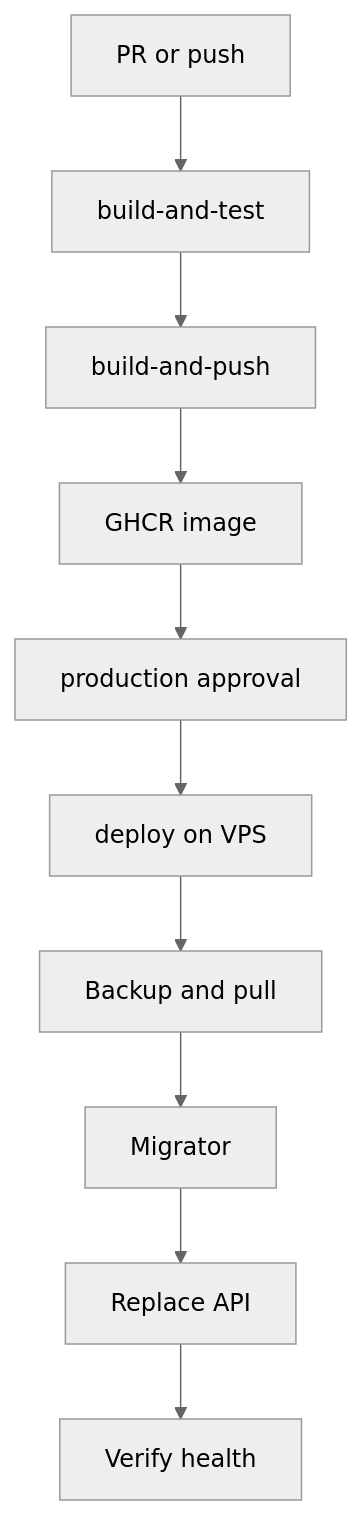
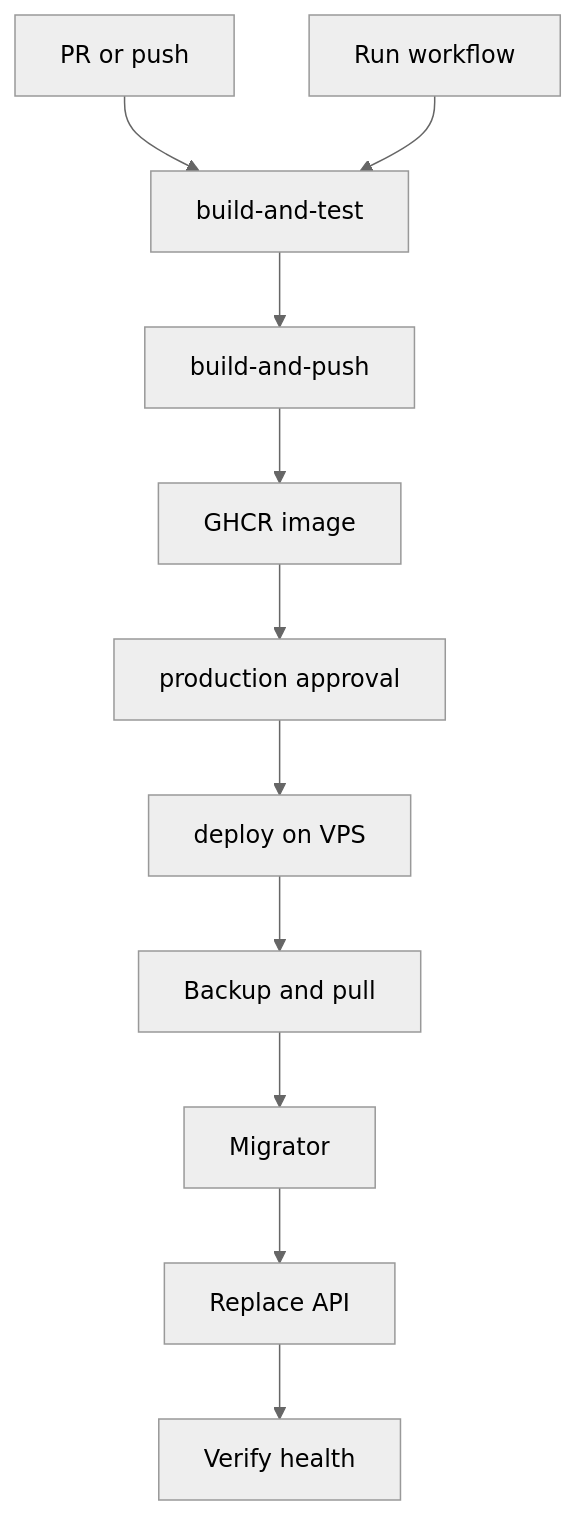
Before and after one commit to mhasabalah/StarterKit: the diagram in wiki/deployment/CI-CD.md, drawn with Mermaid (neutral theme). The commit also changed other lines of this file and 5 other files, not shown here.

````diff
--- a/wiki/deployment/CI-CD.md
+++ b/wiki/deployment/CI-CD.md
@@ -25,12 +25,13 @@
 ```mermaid
 flowchart TB
   E[PR or push] --> T[build-and-test]
+  R[Run workflow] --> T
   T --> B[build-and-push]
   B --> I[GHCR image]
   I --> G[production approval]
   G --> D[deploy on VPS]
   D --> K[Backup and pull]
   K --> M[Migrator]
   M --> A[Replace API]
   A --> H[Verify health]
 ```
````
